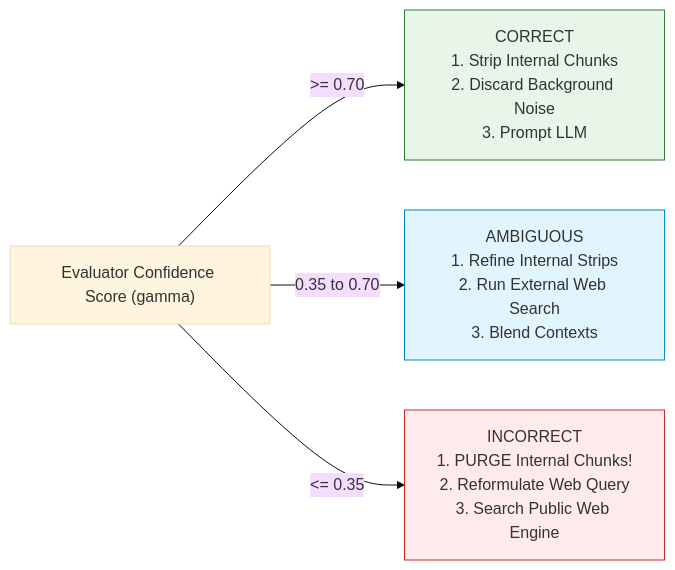
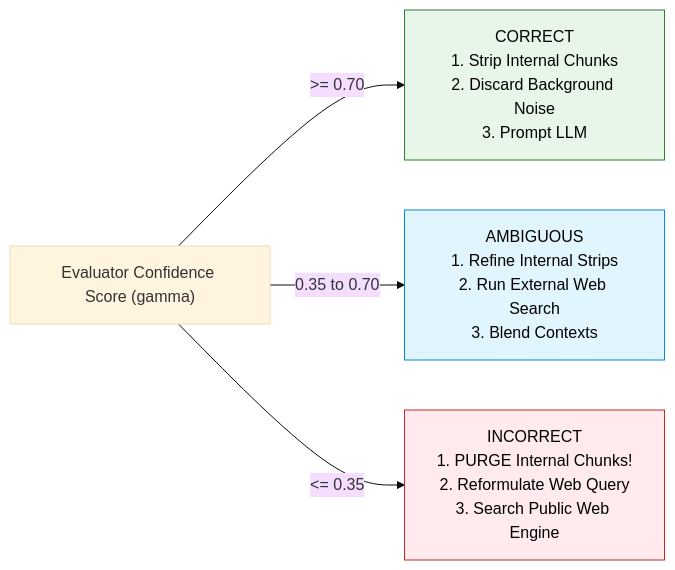
The fourth of 4 diagrams in 06-Advanced-RAG/Corrective-RAG.md (swapnil3104/RAG-Engineering), drawn with Mermaid (base theme) before and after one commit. The commit also changed other lines of this file and 108 other files, not shown here.

Commit message:
fix: make chart text visible across all Mermaid diagrams and resolve markdown table formatting issues

````diff
--- a/06-Advanced-RAG/Corrective-RAG.md
+++ b/06-Advanced-RAG/Corrective-RAG.md
@@ -460,12 +460,12 @@
 ```mermaid
 flowchart LR
     Score["Evaluator Confidence Score (gamma)"]
     
     Score -->|">= 0.70"| Act1["CORRECT<br/>1. Strip Internal Chunks<br/>2. Discard Background Noise<br/>3. Prompt LLM"]
     Score -->|"0.35 to 0.70"| Act2["AMBIGUOUS<br/>1. Refine Internal Strips<br/>2. Run External Web Search<br/>3. Blend Contexts"]
     Score -->|"<= 0.35"| Act3["INCORRECT<br/>1. PURGE Internal Chunks!<br/>2. Reformulate Web Query<br/>3. Search Public Web Engine"]
 
-    style Act1 fill:#e8f5e9,stroke:#2e7d32,stroke-width:1px
-    style Act2 fill:#e1f5fe,stroke:#0288d1,stroke-width:1px
-    style Act3 fill:#ffebee,stroke:#c62828,stroke-width:1px
+    style Act1 fill:#e8f5e9,stroke:#2e7d32,stroke-width:1px,color:#000000
+    style Act2 fill:#e1f5fe,stroke:#0288d1,stroke-width:1px,color:#000000
+    style Act3 fill:#ffebee,stroke:#c62828,stroke-width:1px,color:#000000
 ```
````
